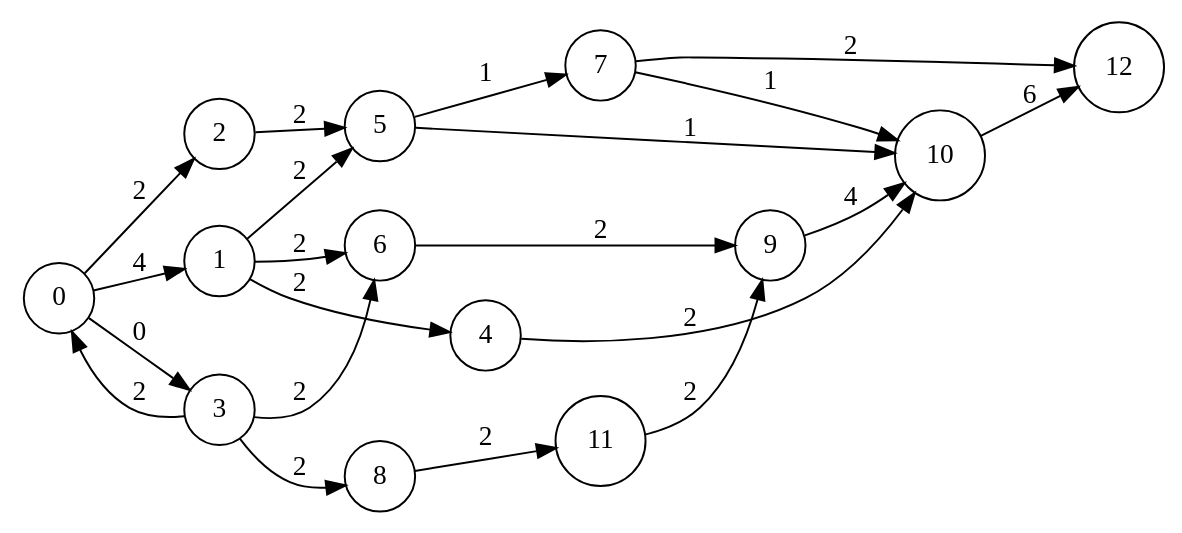
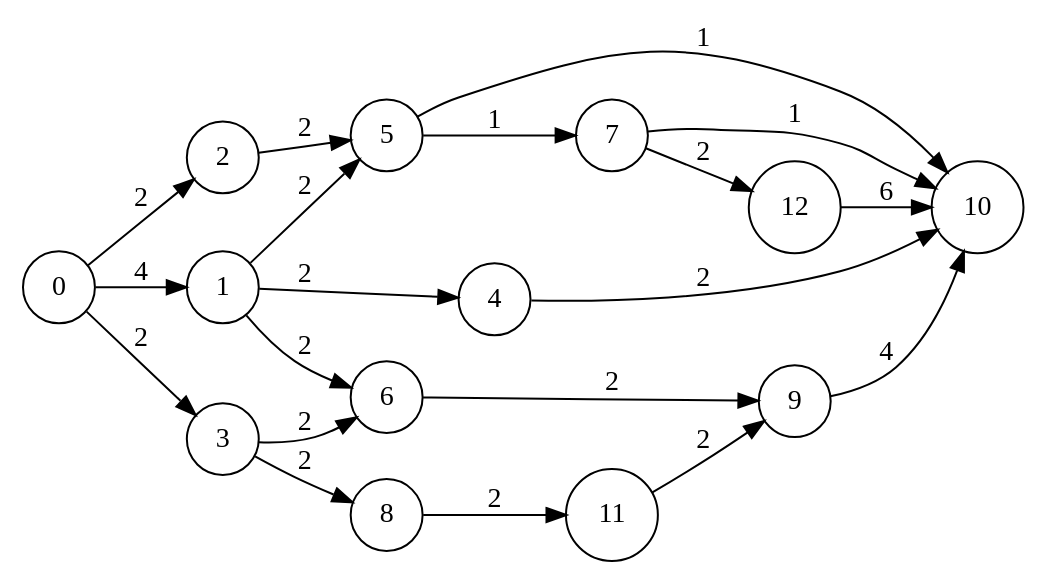
One commit to scanim-valentin/functional-programming-project changed the diagram in graph2_solved.dot. Above: the diagram before and after it, drawn with Graphviz. The commit also changed 4 other files, not shown here.

```diff
--- a/graph2_solved.dot
+++ b/graph2_solved.dot
@@ -1,25 +1,24 @@
 digraph my_graph {
     rankdir=LR;
     size="8,5"
     node [shape = circle];
+    12 -> 10 [label="6"];
+    0 -> 3 [label="2"];
+    0 -> 2 [label="2"];
+    0 -> 1 [label="4"];
+    1 -> 4 [label="2"];
+    1 -> 6 [label="2"];
+    1 -> 5 [label="2"];
+    4 -> 10 [label="2"];
+    2 -> 5 [label="2"];
+    3 -> 6 [label="2"];
+    3 -> 8 [label="2"];
+    6 -> 9 [label="2"];
+    8 -> 11 [label="2"];
+    11 -> 9 [label="2"];
+    9 -> 10 [label="4"];
+    5 -> 10 [label="1"];
+    5 -> 7 [label="1"];
+    7 -> 12 [label="2"];
     7 -> 10 [label="1"];
-    7 -> 12 [label="2"];
-    5 -> 7 [label="1"];
-    5 -> 10 [label="1"];
-    9 -> 10 [label="4"];
-    11 -> 9 [label="2"];
-    8 -> 11 [label="2"];
-    6 -> 9 [label="2"];
-    10 -> 12 [label="6"];
-    2 -> 5 [label="2"];
-    4 -> 10 [label="2"];
-    1 -> 5 [label="2"];
-    1 -> 6 [label="2"];
-    1 -> 4 [label="2"];
-    3 -> 8 [label="2"];
-    3 -> 6 [label="2"];
-    3 -> 0 [label="2"];
-    0 -> 1 [label="4"];
-    0 -> 2 [label="2"];
-    0 -> 3 [label="0"];
 }
```
